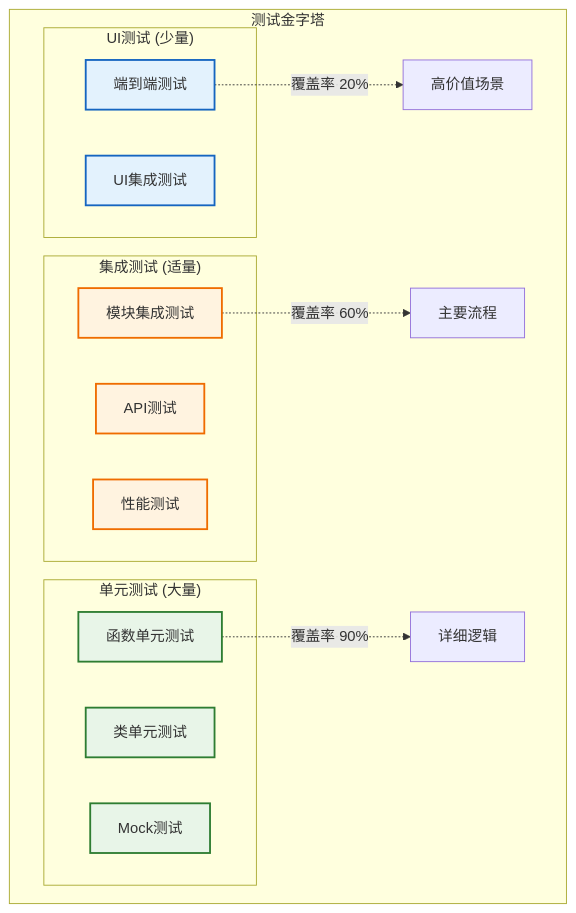
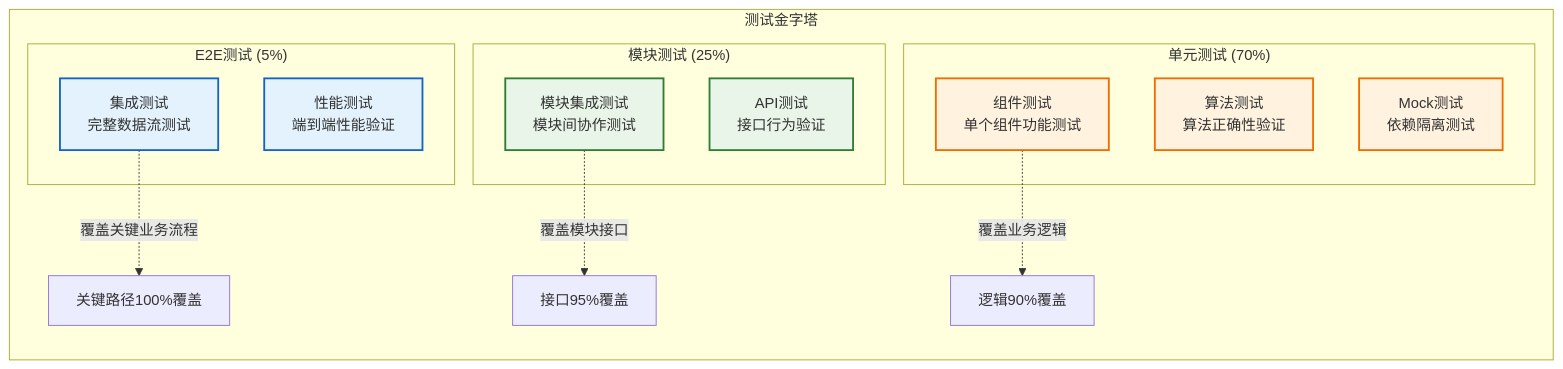
The ninth of 10 diagrams in docs/01_项目设计/01_项目设计/04_核心设计原则.md (wendizhou99-cell/Radar), drawn with Mermaid before and after one commit. The commit also changed other lines of this file and 12 other files, not shown here.

````diff
--- a/docs/01_项目设计/01_项目设计/04_核心设计原则.md
+++ b/docs/01_项目设计/01_项目设计/04_核心设计原则.md
@@ -806,34 +1106,35 @@
 ```mermaid
 graph TB
     subgraph "测试金字塔"
-        subgraph "UI测试 (少量)"
-            E2E_TEST[端到端测试]
-            INTEGRATION_UI[UI集成测试]
+        direction TB
+
+        subgraph "E2E测试 (5%)"
+            INTEGRATION_TEST[集成测试<br/>完整数据流测试]
+            PERFORMANCE_TEST[性能测试<br/>端到端性能验证]
         end
 
-        subgraph "集成测试 (适量)"
-            MODULE_INTEGRATION[模块集成测试]
-            API_TEST[API测试]
-            PERFORMANCE_TEST[性能测试]
+        subgraph "模块测试 (25%)"
+            MODULE_INTEGRATION[模块集成测试<br/>模块间协作测试]
+            API_TEST[API测试<br/>接口行为验证]
         end
 
-        subgraph "单元测试 (大量)"
-            UNIT_FUNCTION[函数单元测试]
-            UNIT_CLASS[类单元测试]
-            UNIT_MOCK[Mock测试]
+        subgraph "单元测试 (70%)"
+            COMPONENT_TEST[组件测试<br/>单个组件功能测试]
+            ALGORITHM_TEST[算法测试<br/>算法正确性验证]
+            MOCK_TEST[Mock测试<br/>依赖隔离测试]
         end
 
         %% 测试覆盖率要求
-        E2E_TEST -.->|覆盖率 20%| COVERAGE_HIGH[高价值场景]
-        MODULE_INTEGRATION -.->|覆盖率 60%| COVERAGE_MEDIUM[主要流程]
-        UNIT_FUNCTION -.->|覆盖率 90%| COVERAGE_DETAIL[详细逻辑]
+        INTEGRATION_TEST -.->|覆盖关键业务流程| COVERAGE_HIGH[关键路径100%覆盖]
+        MODULE_INTEGRATION -.->|覆盖模块接口| COVERAGE_MEDIUM[接口95%覆盖]
+        COMPONENT_TEST -.->|覆盖业务逻辑| COVERAGE_DETAIL[逻辑90%覆盖]
     end
 
-    classDef ui_test fill:#e3f2fd,stroke:#1565c0,stroke-width:2px
-    classDef integration_test fill:#fff3e0,stroke:#ef6c00,stroke-width:2px
-    classDef unit_test fill:#e8f5e8,stroke:#2e7d32,stroke-width:2px
+    classDef e2e fill:#e3f2fd,stroke:#1565c0,stroke-width:2px
+    classDef module fill:#e8f5e8,stroke:#2e7d32,stroke-width:2px
+    classDef unit fill:#fff3e0,stroke:#ef6c00,stroke-width:2px
 
-    class E2E_TEST,INTEGRATION_UI ui_test
-    class MODULE_INTEGRATION,API_TEST,PERFORMANCE_TEST integration_test
-    class UNIT_FUNCTION,UNIT_CLASS,UNIT_MOCK unit_test
+    class INTEGRATION_TEST,PERFORMANCE_TEST e2e
+    class MODULE_INTEGRATION,API_TEST module
+    class COMPONENT_TEST,ALGORITHM_TEST,MOCK_TEST unit
 ```
````
